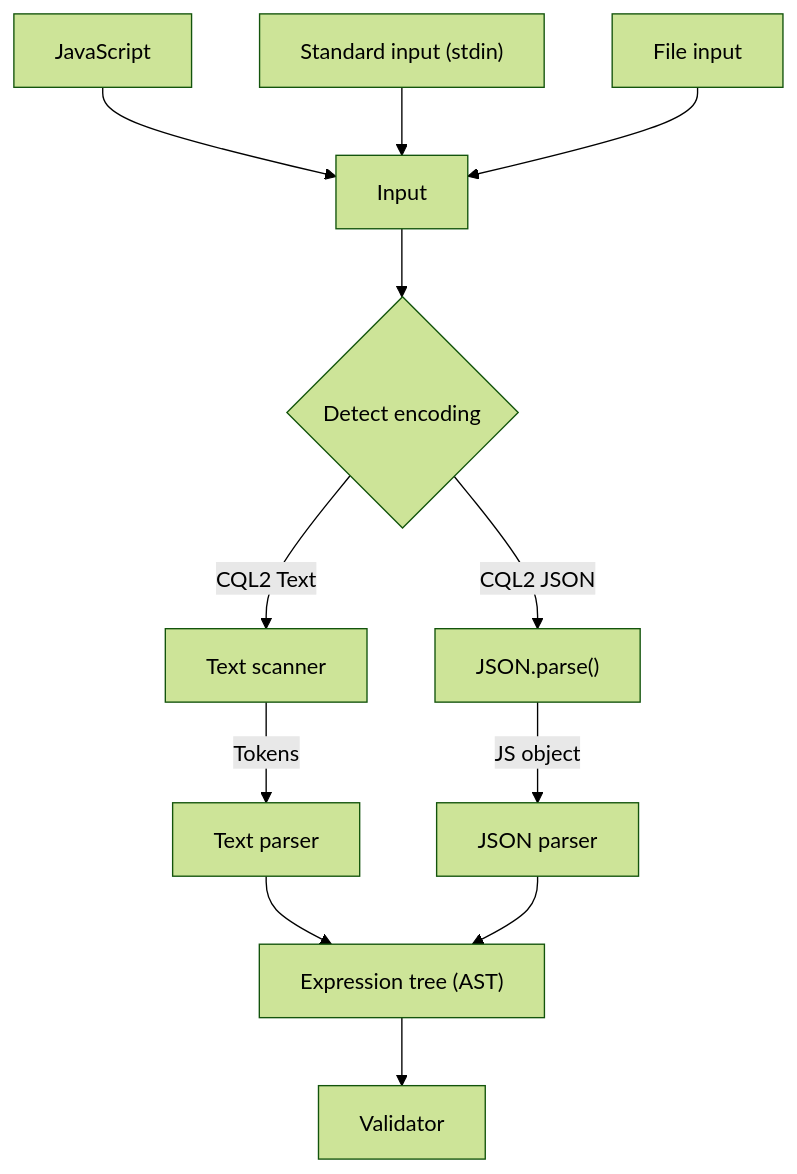
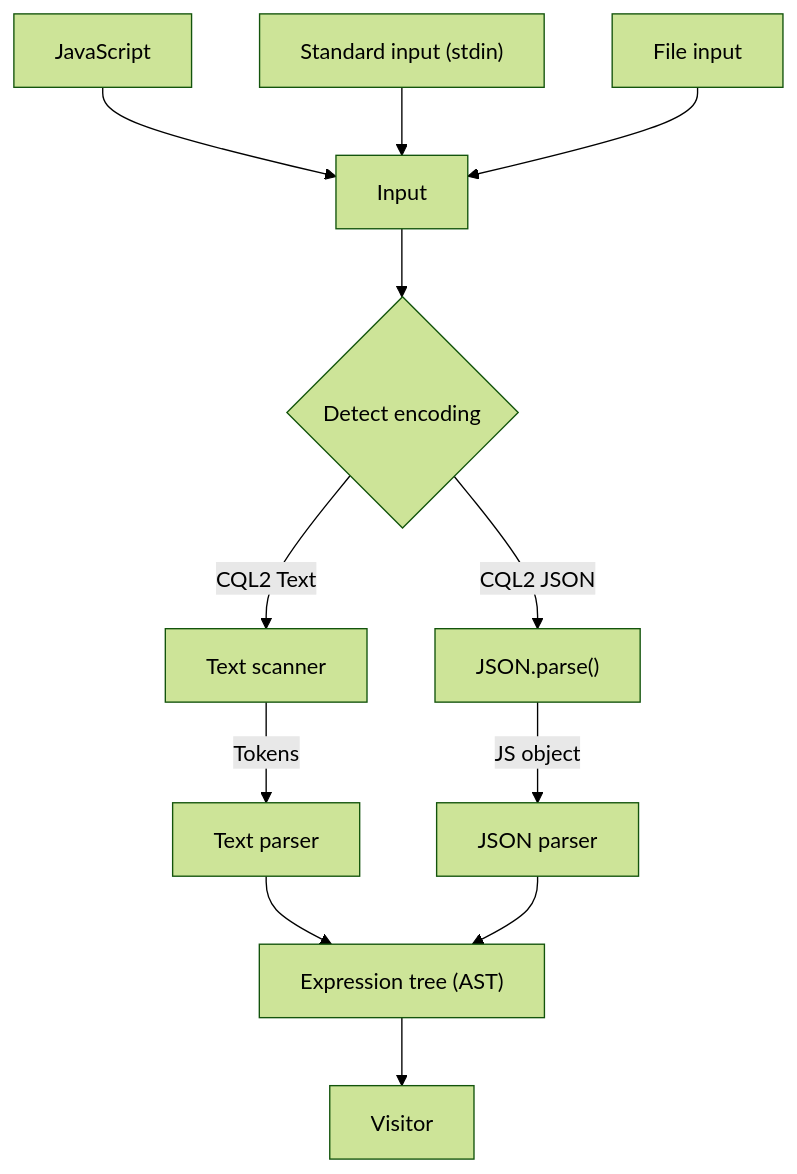
Before and after one commit to NoamRa/ogc-cql2-filters: the diagram in README.md, drawn with Mermaid (forest theme). The commit also changed other lines of this file and 1 other file, not shown here.

````diff
--- a/README.md
+++ b/README.md
@@ -19,20 +19,20 @@
 ```mermaid
 flowchart TD
     JS[JavaScript] --> IN[Input]
     SI["Standard input (stdin)"] --> IN[Input]
     FI[File input] --> IN[Input]
     IN --> D{Detect encoding}
 
     %% CQL2 Text
     D --> |CQL2 Text| TS[Text scanner]
     TS --> |Tokens| TP[Text parser]
     TP --> E["Expression tree (AST)"]
 
     %% CQL2 JSON
     D --> |CQL2 JSON| JSONP["JSON.parse()"]
     JSONP --> |JS object| JP[JSON parser]
     JP --> E
 
-    E --> V[Validator]
+    E --> V[Visitor]
 
 ```
````
